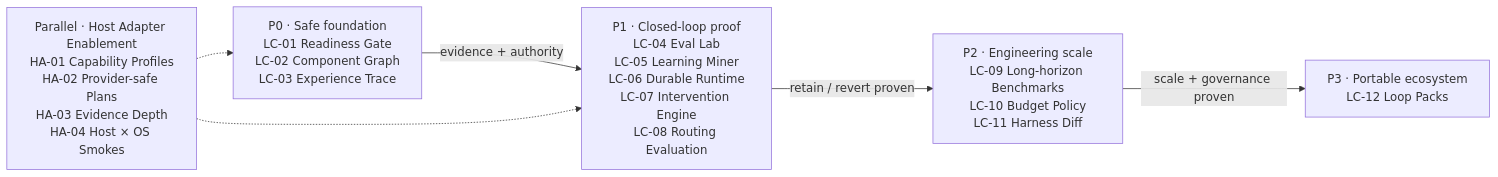
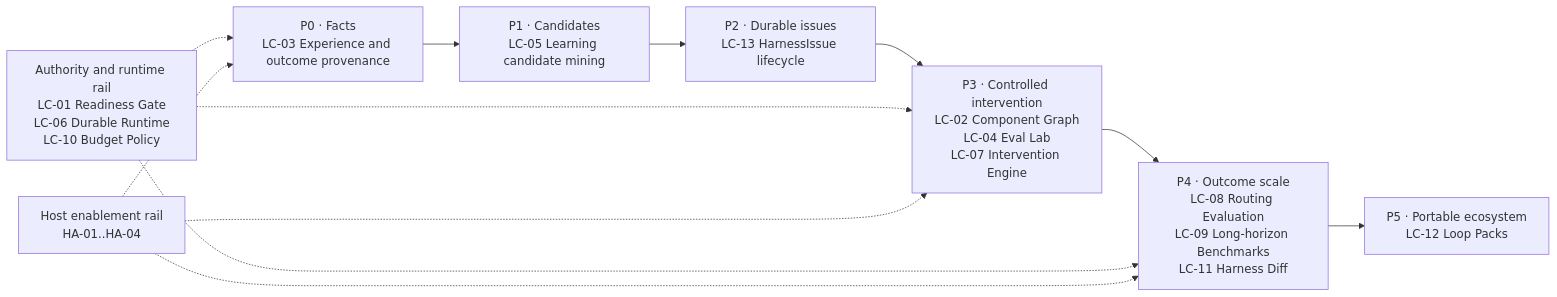
Before and after one commit to Justinhubbard37/better-harness: the diagram in roadmap.md, drawn with Mermaid. The commit also changed other lines of this file, not shown here.

First line of the commit message:
docs(roadmap): revise harness evolution roadmap

````diff
--- a/roadmap.md
+++ b/roadmap.md
@@ -37,14 +121,19 @@
 ```mermaid
 flowchart LR
-    P0["P0 · Safe foundation<br/>LC-01 Readiness Gate<br/>LC-02 Component Graph<br/>LC-03 Experience Trace"]
-    P1["P1 · Closed-loop proof<br/>LC-04 Eval Lab<br/>LC-05 Learning Miner<br/>LC-06 Durable Runtime<br/>LC-07 Intervention Engine<br/>LC-08 Routing Evaluation"]
-    P2["P2 · Engineering scale<br/>LC-09 Long-horizon Benchmarks<br/>LC-10 Budget Policy<br/>LC-11 Harness Diff"]
-    P3["P3 · Portable ecosystem<br/>LC-12 Loop Packs"]
-    HA["Parallel · Host Adapter Enablement<br/>HA-01 Capability Profiles<br/>HA-02 Provider-safe Plans<br/>HA-03 Evidence Depth<br/>HA-04 Host × OS Smokes"]
+    P0["P0 · Facts<br/>LC-03 Experience and outcome provenance"]
+    P1["P1 · Candidates<br/>LC-05 Learning candidate mining"]
+    P2["P2 · Durable issues<br/>LC-13 HarnessIssue lifecycle"]
+    P3["P3 · Controlled intervention<br/>LC-02 Component Graph<br/>LC-04 Eval Lab<br/>LC-07 Intervention Engine"]
+    P4["P4 · Outcome scale<br/>LC-08 Routing Evaluation<br/>LC-09 Long-horizon Benchmarks<br/>LC-11 Harness Diff"]
+    P5["P5 · Portable ecosystem<br/>LC-12 Loop Packs"]
+    SAFE["Authority and runtime rail<br/>LC-01 Readiness Gate<br/>LC-06 Durable Runtime<br/>LC-10 Budget Policy"]
+    HA["Host enablement rail<br/>HA-01..HA-04"]
 
-    P0 -->|"evidence + authority"| P1
-    P1 -->|"retain / revert proven"| P2
-    P2 -->|"scale + governance proven"| P3
+    P0 --> P1 --> P2 --> P3 --> P4 --> P5
+    SAFE -.-> P0
+    SAFE -.-> P3
+    SAFE -.-> P4
     HA -.-> P0
-    HA -.-> P1
+    HA -.-> P3
+    HA -.-> P4
 ```
````
